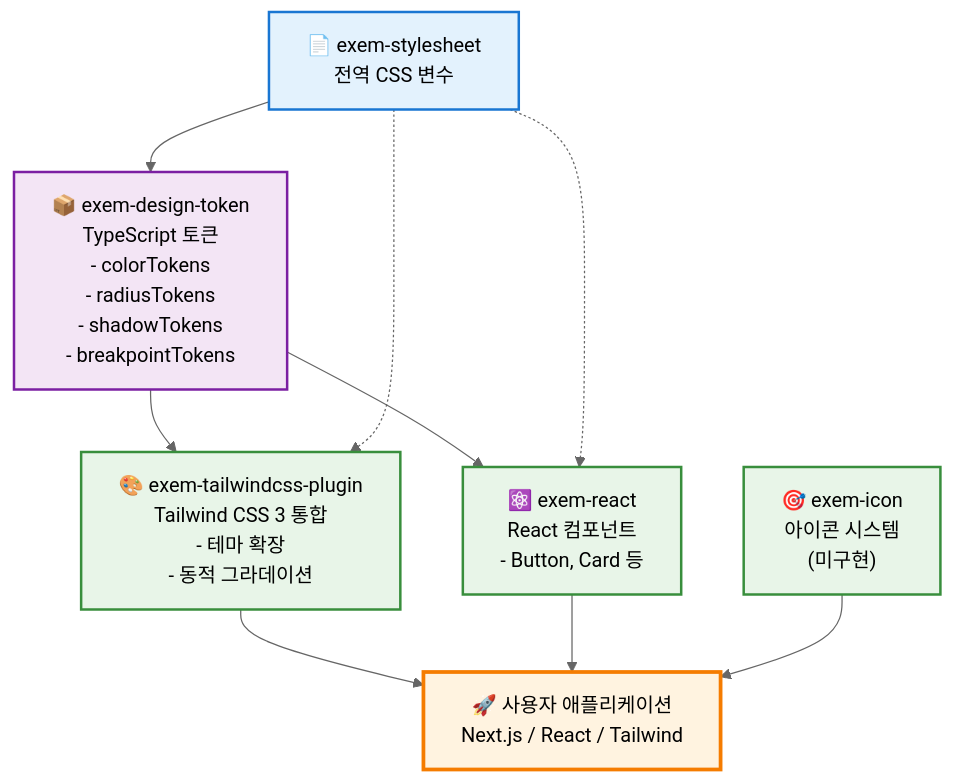
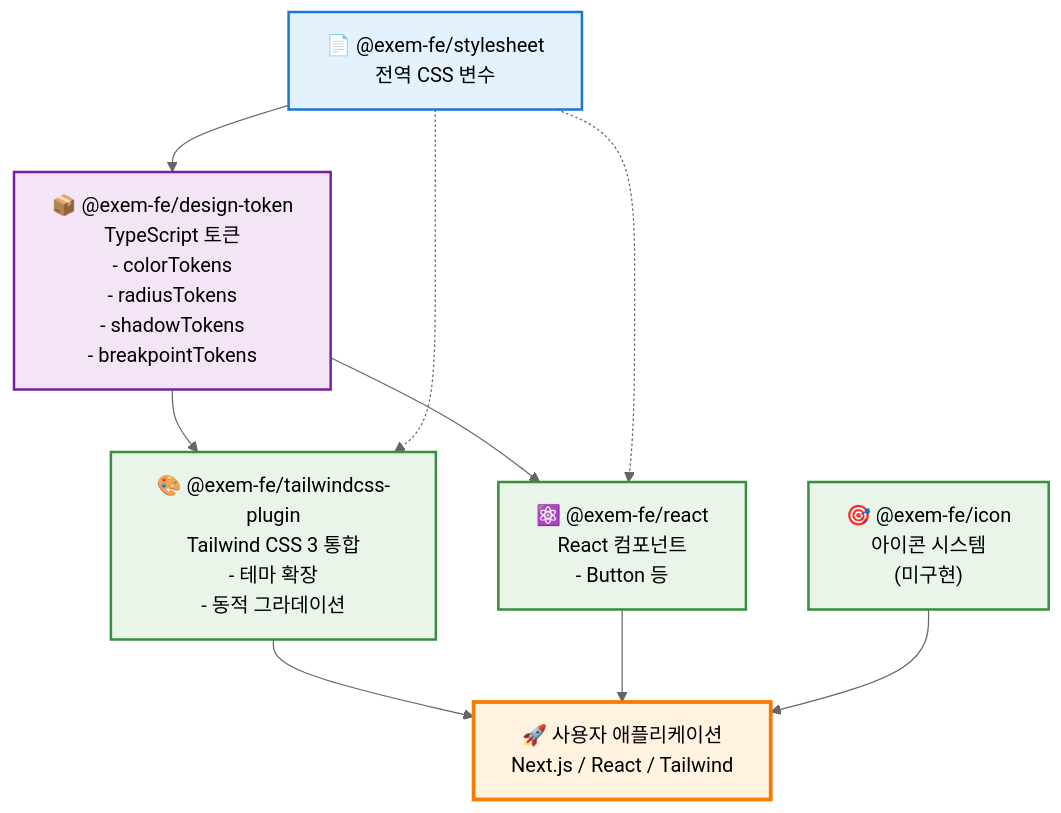
The diagram in README.md (EXEM-FE/design-system), drawn with Mermaid (neutral theme) before and after one commit. The commit also changed other lines of this file and 7 other files, not shown here.

````diff
--- a/README.md
+++ b/README.md
@@ -145,40 +101,40 @@
 ```mermaid
 graph TD
     %% 소스
-    CSS["📄 exem-stylesheet<br/>전역 CSS 변수"]
+    CSS["📄 @exem-fe/stylesheet<br/>전역 CSS 변수"]
     
     %% 토큰 생성
-    TOKEN["📦 exem-design-token<br/>TypeScript 토큰<br/>- colorTokens<br/>- radiusTokens<br/>- shadowTokens<br/>- breakpointTokens"]
+    TOKEN["📦 @exem-fe/design-token<br/>TypeScript 토큰<br/>- colorTokens<br/>- radiusTokens<br/>- shadowTokens<br/>- breakpointTokens"]
     
     %% 통합 패키지들
-    TW["🎨 exem-tailwindcss-plugin<br/>Tailwind CSS 3 통합<br/>- 테마 확장<br/>- 동적 그라데이션"]
+    TW["🎨 @exem-fe/tailwindcss-plugin<br/>Tailwind CSS 3 통합<br/>- 테마 확장<br/>- 동적 그라데이션"]
     
-    REACT["⚛️ exem-react<br/>React 컴포넌트<br/>- Button, Card 등"]
+    REACT["⚛️ @exem-fe/react<br/>React 컴포넌트<br/>- Button 등"]
     
-    ICON["🎯 exem-icon<br/>아이콘 시스템<br/>(미구현)"]
+    ICON["🎯 @exem-fe/icon<br/>아이콘 시스템<br/>(미구현)"]
     
     %% 최종 애플리케이션
     APP["🚀 사용자 애플리케이션<br/>Next.js / React / Tailwind"]
     
     %% 의존성 관계
     CSS --> TOKEN
     TOKEN --> TW
     TOKEN --> REACT  
     CSS -.-> TW
     CSS -.-> REACT
     
     TW --> APP
     REACT --> APP
     ICON --> APP
     
     %% 스타일
     classDef source fill:#e3f2fd,stroke:#1976d2,stroke-width:2px
     classDef token fill:#f3e5f5,stroke:#7b1fa2,stroke-width:2px  
     classDef integration fill:#e8f5e8,stroke:#388e3c,stroke-width:2px
     classDef app fill:#fff3e0,stroke:#f57c00,stroke-width:3px
     
     class CSS source
     class TOKEN token
     class TW,REACT,ICON integration
     class APP app
 ```
````
